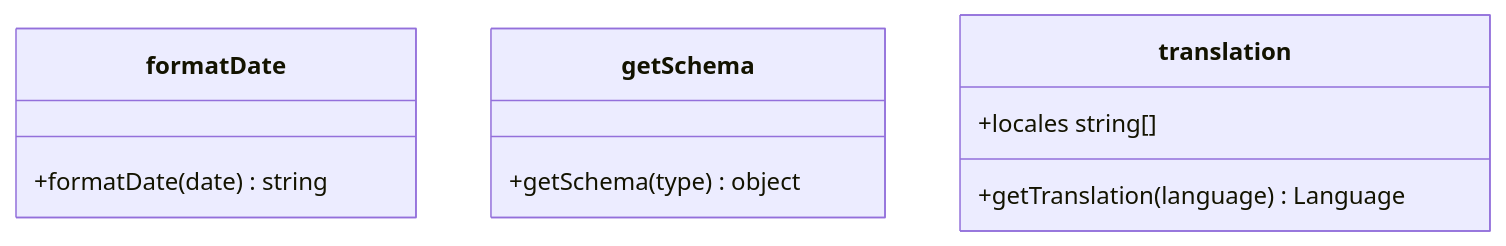
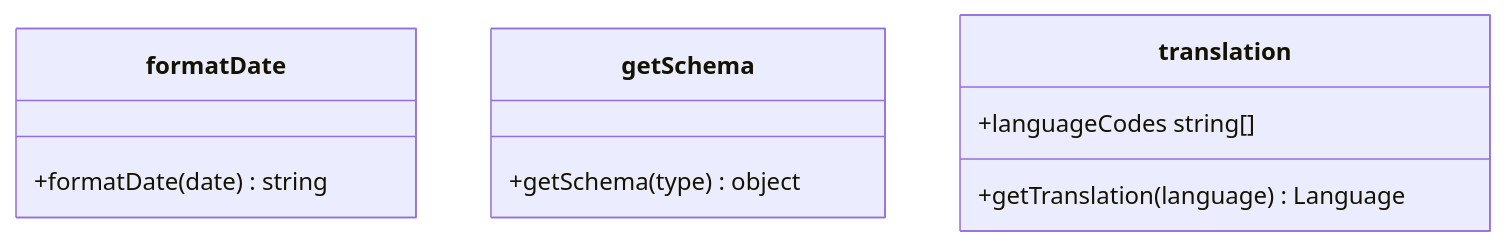
Before and after one commit to TheJiahao/TheJiahao.github.io: the second of 2 diagrams in docs/architecture.md, drawn with Mermaid. The commit also changed 4 other files, not shown here.

````diff
--- a/docs/architecture.md
+++ b/docs/architecture.md
@@ -63,14 +63,14 @@
 ```mermaid
 classDiagram
 
 class formatDate {
     +formatDate(date) string
 }
 class getSchema {
     +getSchema(type) object
 }
 class translation {
-    +locales string[]
+    +languageCodes string[]
     +getTranslation(language) Language
 }
 ```
````
